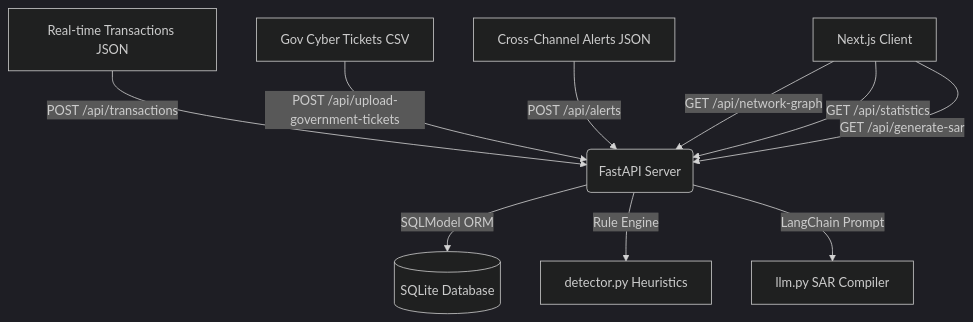
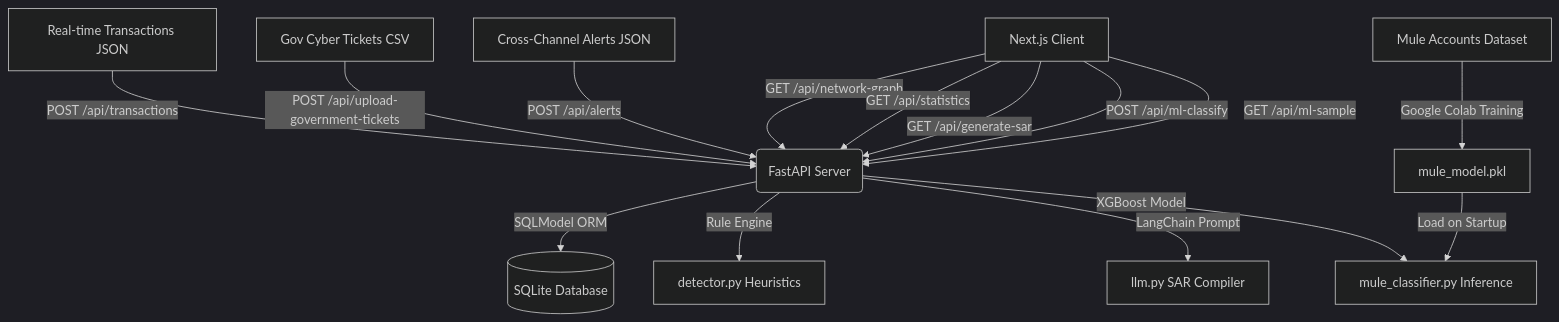
One commit to shreya-roy1/OmniShield changed the diagram in README.md. Above: the diagram before and after it, drawn with Mermaid (dark theme). The commit also changed other lines of this file and 9 other files, not shown here.

````diff
--- a/README.md
+++ b/README.md
@@ -11,14 +11,19 @@
 ```mermaid
 graph TD
     A[Real-time Transactions JSON] -->|POST /api/transactions| B(FastAPI Server)
     C[Gov Cyber Tickets CSV] -->|POST /api/upload-government-tickets| B
     D[Cross-Channel Alerts JSON] -->|POST /api/alerts| B
+    I[Mule Accounts Dataset] -->|Google Colab Training| J[mule_model.pkl]
     
     B -->|SQLModel ORM| E[(SQLite Database)]
     B -->|Rule Engine| F[detector.py Heuristics]
     B -->|LangChain Prompt| G[llm.py SAR Compiler]
+    B -->|XGBoost Model| K[mule_classifier.py Inference]
+    J -->|Load on Startup| K
     
     H[Next.js Client] -->|GET /api/network-graph| B
     H -->|GET /api/statistics| B
     H -->|GET /api/generate-sar| B
+    H -->|POST /api/ml-classify| B
+    H -->|GET /api/ml-sample| B
 ```
````
